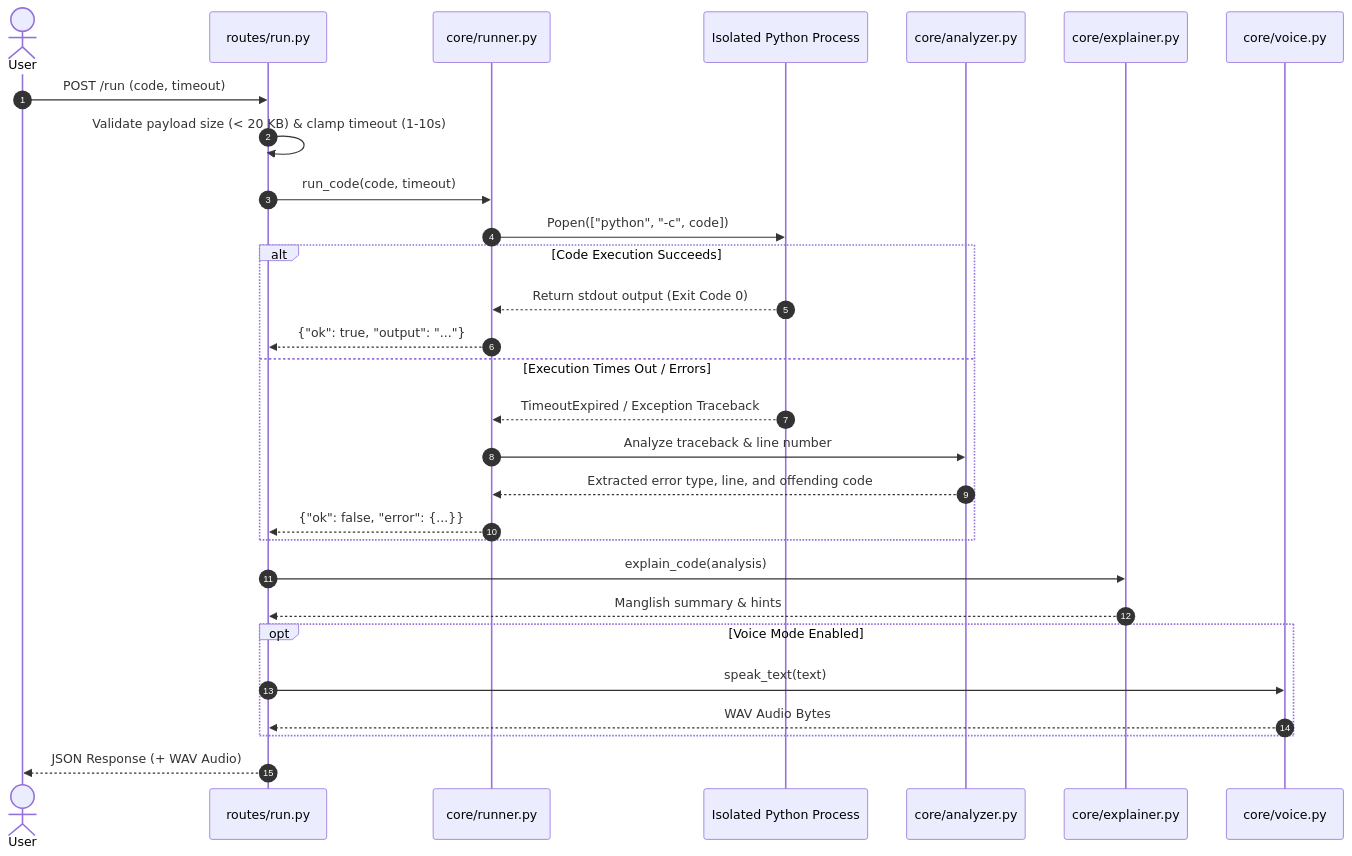
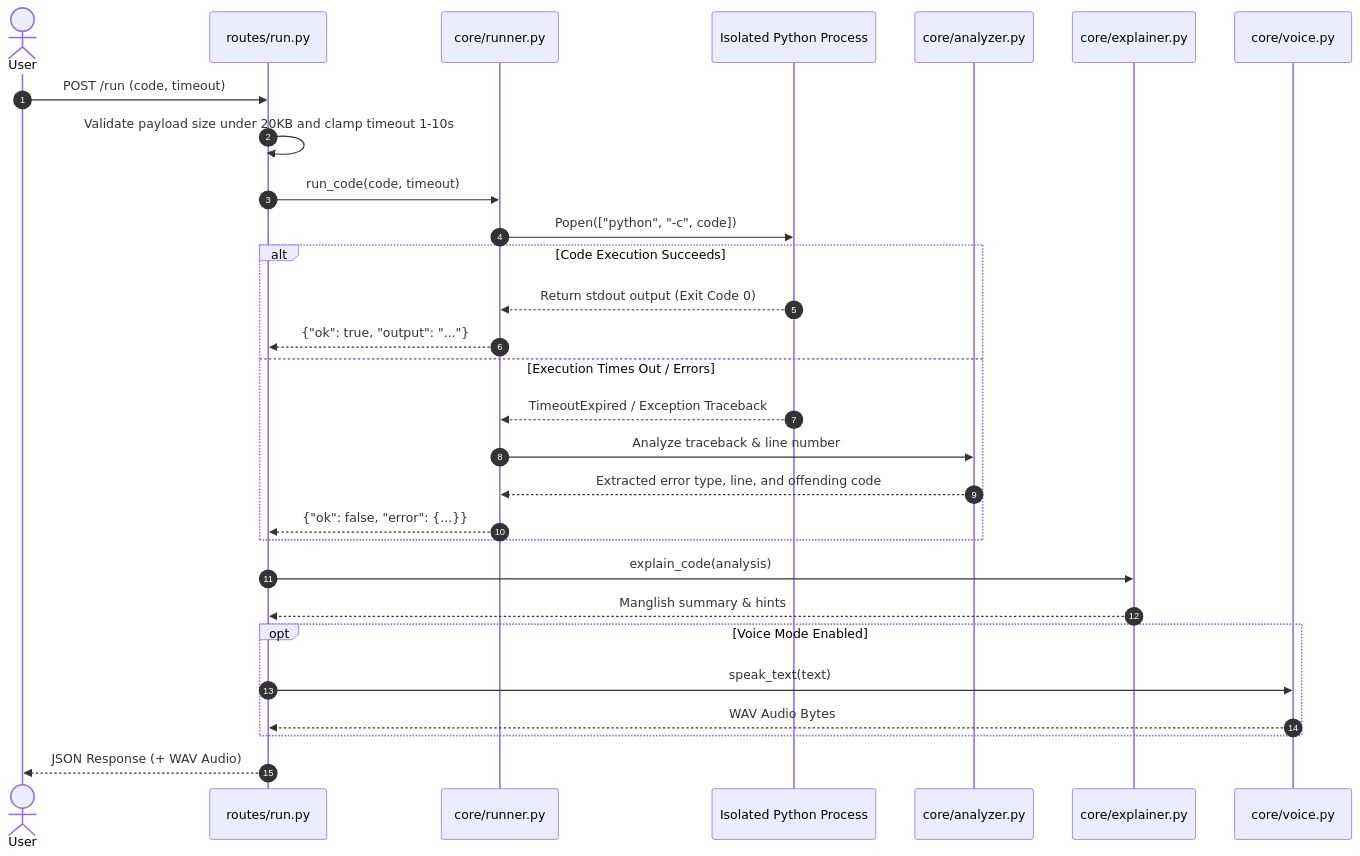
One commit to Ann-Maria-Jaison/useless_project_temp changed the fourth of 4 diagrams in README.md. Above: the diagram before and after it, drawn with Mermaid. The commit also changed other lines of this file, not shown here.

Commit message:
Fix Mermaid diagram syntax in README.md

````diff
--- a/README.md
+++ b/README.md
@@ -184,37 +184,37 @@
 ```mermaid
 sequenceDiagram
     autonumber
     actor User
     participant Route as routes/run.py
     participant Runner as core/runner.py
     participant Subprocess as Isolated Python Process
     participant Analyzer as core/analyzer.py
     participant Explainer as core/explainer.py
     participant Voice as core/voice.py
 
     User->>Route: POST /run (code, timeout)
-    Route->>Route: Validate payload size (< 20 KB) & clamp timeout (1-10s)
+    Route->>Route: Validate payload size under 20KB and clamp timeout 1-10s
     
     Route->>Runner: run_code(code, timeout)
     Runner->>Subprocess: Popen(["python", "-c", code])
     
     alt Code Execution Succeeds
         Subprocess-->>Runner: Return stdout output (Exit Code 0)
         Runner-->>Route: {"ok": true, "output": "..."}
     else Execution Times Out / Errors
         Subprocess-->>Runner: TimeoutExpired / Exception Traceback
         Runner->>Analyzer: Analyze traceback & line number
         Analyzer-->>Runner: Extracted error type, line, and offending code
         Runner-->>Route: {"ok": false, "error": {...}}
     end
 
     Route->>Explainer: explain_code(analysis)
     Explainer-->>Route: Manglish summary & hints
 
     opt Voice Mode Enabled
         Route->>Voice: speak_text(text)
         Voice-->>Route: WAV Audio Bytes
     end
 
     Route-->>User: JSON Response (+ WAV Audio)
 ```
````
